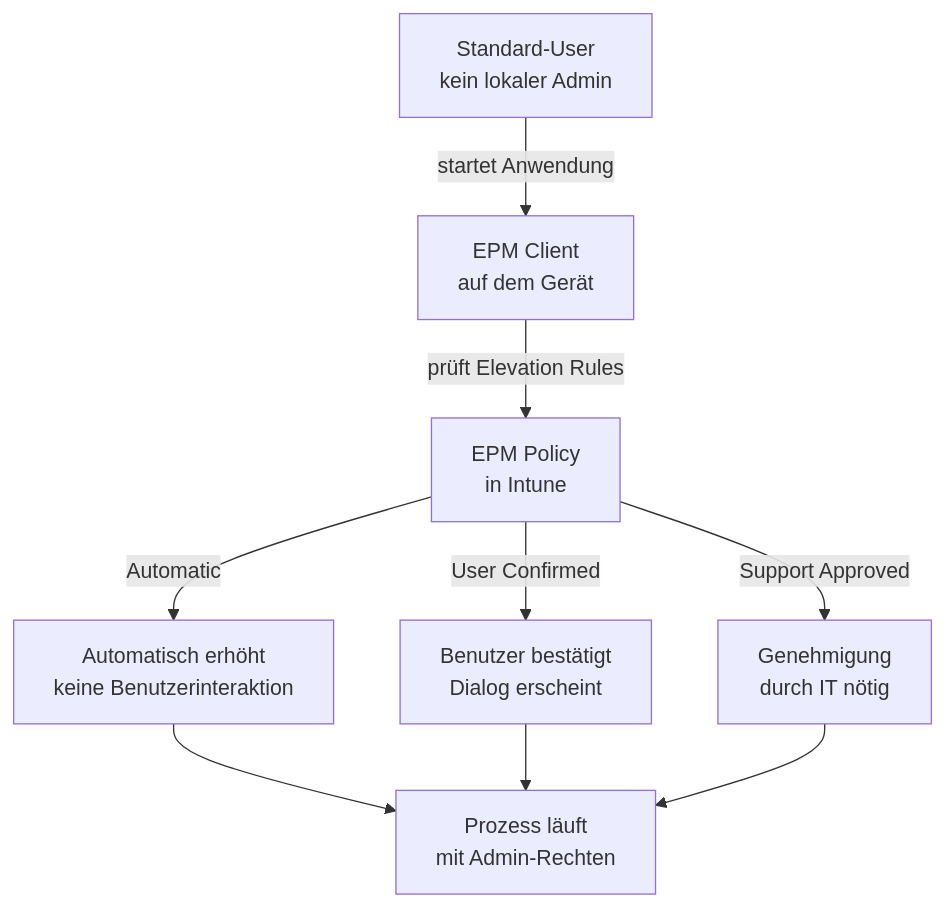
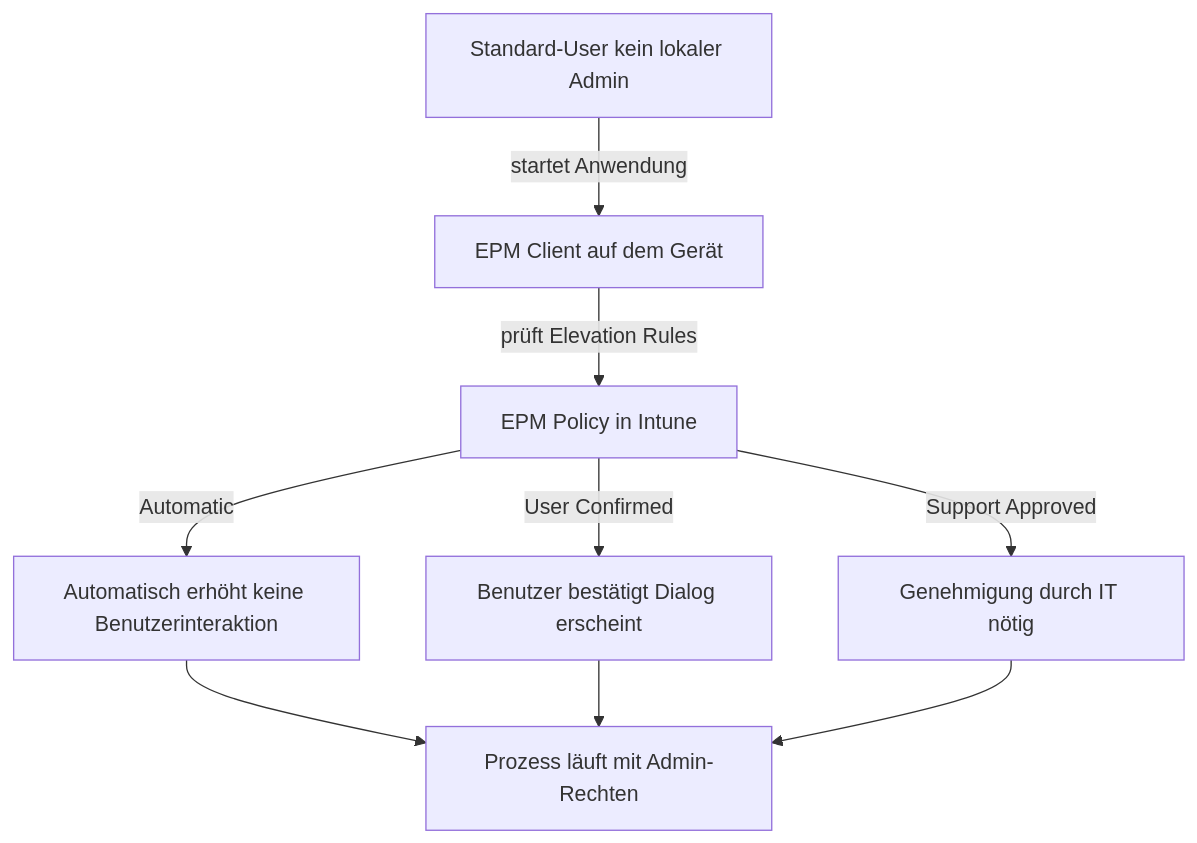
The first of 2 diagrams in Microsoft 365/Intune Suite/Endpoint Privilege Management EPM.md (SoniiiT/notes-n-docs), drawn with Mermaid before and after one commit. The commit also changed 124 other files, not shown here.

First line of the commit message:
fix: Entferne \n aus allen Mermaid-Diagrammen (125 Dateien)

````diff
--- a/Microsoft 365/Intune Suite/Endpoint Privilege Management EPM.md
+++ b/Microsoft 365/Intune Suite/Endpoint Privilege Management EPM.md
@@ -29,11 +29,11 @@
 ```mermaid
 graph TD
-    USER[Standard-User\nkein lokaler Admin] -->|startet Anwendung| EPM_CLIENT[EPM Client\nauf dem Gerät]
-    EPM_CLIENT -->|prüft Elevation Rules| POLICY[EPM Policy\nin Intune]
-    POLICY -->|Automatic| AUTO[Automatisch erhöht\nkeine Benutzerinteraktion]
-    POLICY -->|User Confirmed| CONFIRM[Benutzer bestätigt\nDialog erscheint]
-    POLICY -->|Support Approved| APPROVAL[Genehmigung\ndurch IT nötig]
-    AUTO --> PROC[Prozess läuft\nmit Admin-Rechten]
+    USER[Standard-User kein lokaler Admin] -->|startet Anwendung| EPM_CLIENT[EPM Client auf dem Gerät]
+    EPM_CLIENT -->|prüft Elevation Rules| POLICY[EPM Policy in Intune]
+    POLICY -->|Automatic| AUTO[Automatisch erhöht keine Benutzerinteraktion]
+    POLICY -->|User Confirmed| CONFIRM[Benutzer bestätigt Dialog erscheint]
+    POLICY -->|Support Approved| APPROVAL[Genehmigung durch IT nötig]
+    AUTO --> PROC[Prozess läuft mit Admin-Rechten]
     CONFIRM --> PROC
     APPROVAL --> PROC
 ```
````
